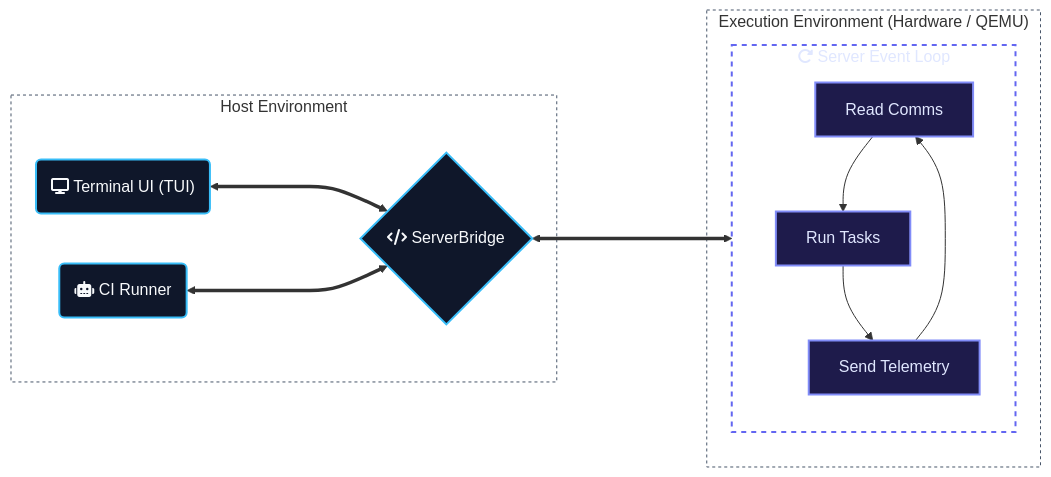
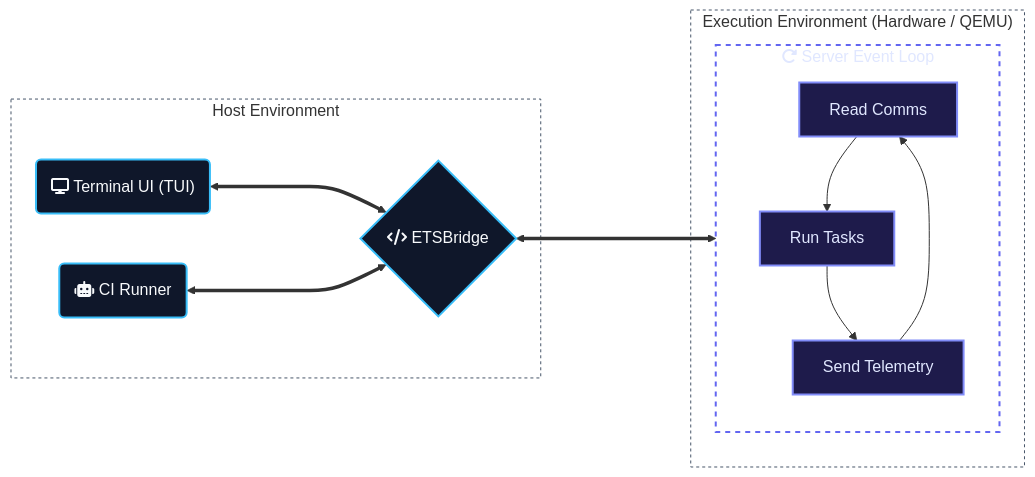
Before and after one commit to Dyse-Industries/control-rs: the diagram in documentation/development-guide.md, drawn with Mermaid. The commit also changed other lines of this file and 36 other files, not shown here.

````diff
--- a/documentation/development-guide.md
+++ b/documentation/development-guide.md
@@ -10,38 +10,38 @@
 ```mermaid
 ---
 config:
   layout: dagre
 ---
 flowchart LR
     subgraph Host["Host Environment"]
         TUI("fa:fa-display Terminal UI (TUI)")
         CI("fa:fa-robot CI Runner")
-        Comm{"fa:fa-code ServerBridge"}
+        Comm{"fa:fa-code ETSBridge"}
     end
     subgraph Loop["fa:fa-rotate-right Server Event Loop"]
         direction TB
         Comms["Read Comms"]
         Tasks["Run Tasks"]
         Telem["Send Telemetry"]
     end
     subgraph TargetEnv["Execution Environment (Hardware / QEMU)"]
         Loop
     end
     Comms --> Tasks
     Tasks --> Telem
     Telem --> Comms
     TUI <====> Comm
     CI <====> Comm
     Comm <====> Comms
     TUI:::host
     CI:::host
     Comm:::host
     Comms:::target
     Tasks:::target
     Telem:::target
     classDef host fill: #0f172a, stroke: #38bdf8, stroke-width: 2px, color: #f8fafc
     classDef target fill: #1e1b4b, stroke: #818cf8, stroke-width: 2px, color: #e0e7ff
     style Loop fill: transparent, stroke: #6366f1, stroke-width: 2px, stroke-dasharray: 5 5, color: #e0e7ff
     style Host fill: transparent, stroke: #475569, stroke-width: 1px, stroke-dasharray: 3 3
     style TargetEnv fill: transparent, stroke: #475569, stroke-width: 1px, stroke-dasharray: 3 3
 ```
````
